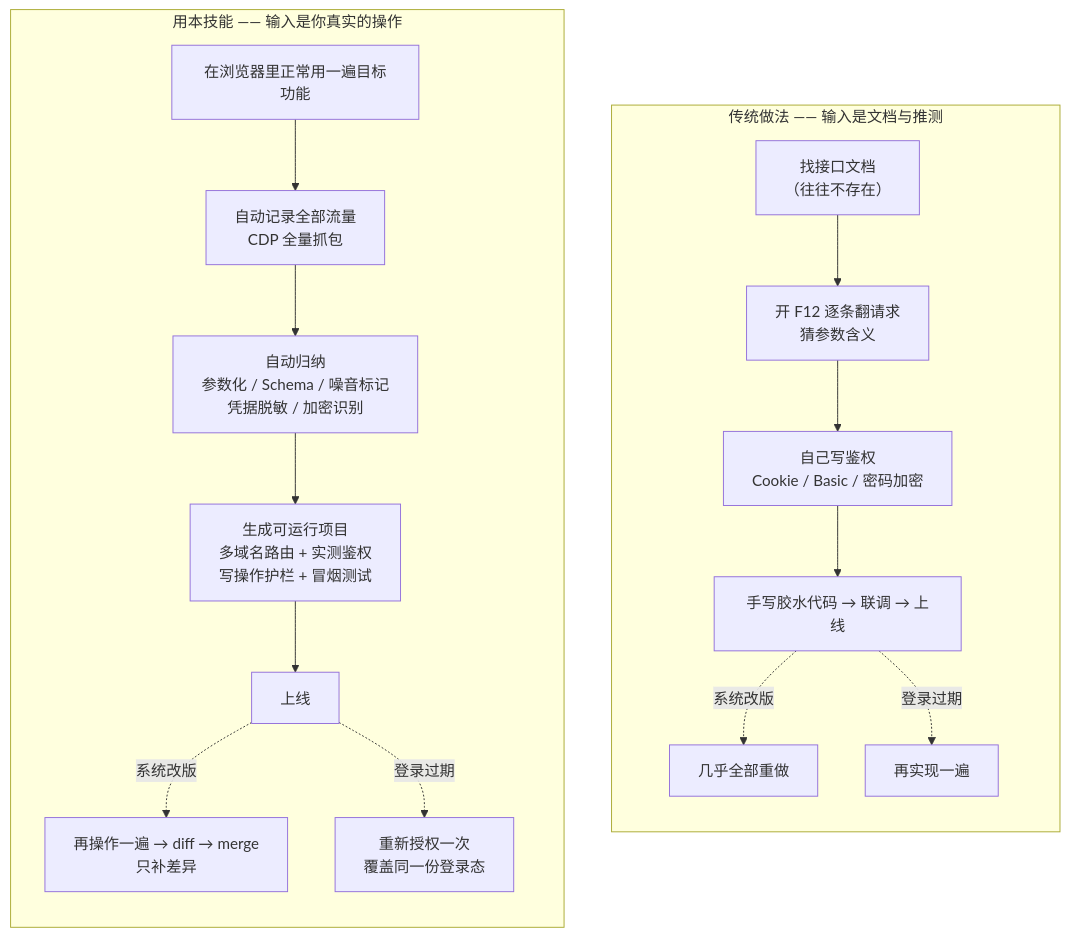
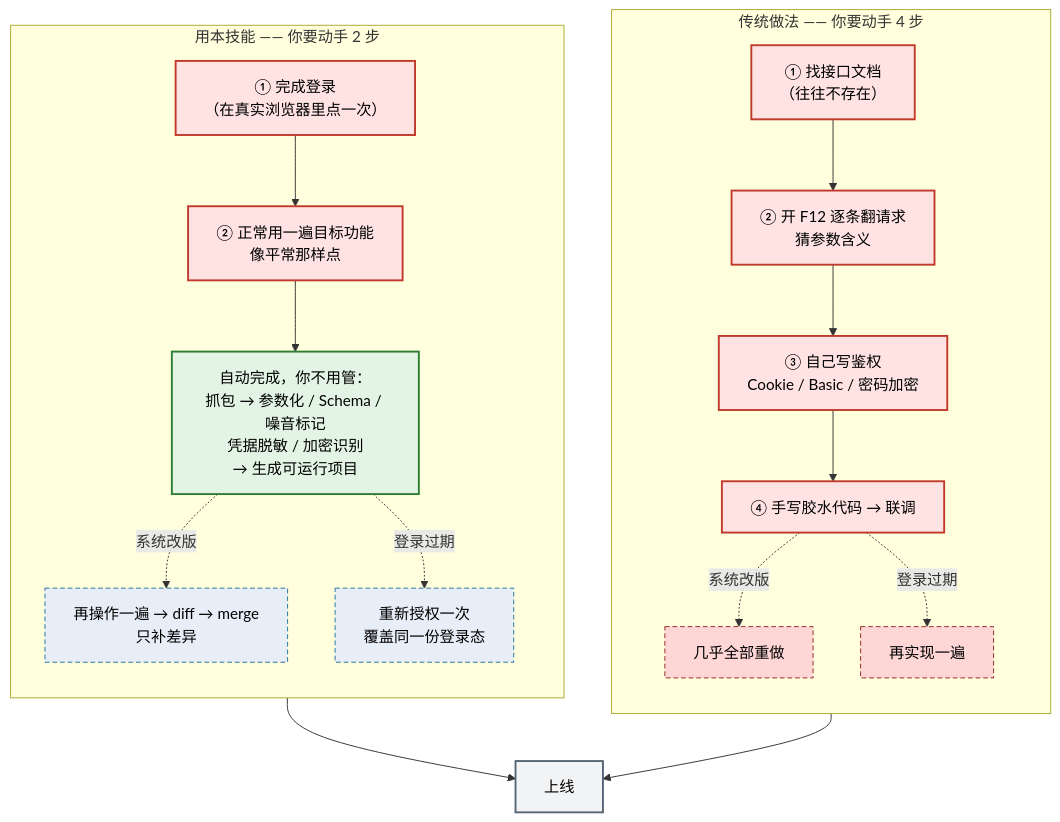
The diagram in docs/reference.md (SH-DaWushi/web-api-extractor), drawn with Mermaid before and after one commit. The commit also changed other lines of this file and 1 other file, not shown here.

Commit message:
docs(reference): 重画对比图 —— 原图给人的印象与结论相反（看起来用技能更累）
读者先看图、再看表，而原图里技能那条道画了 **7 个框**、每个框还塞满子任务
（参数化 / Schema / 噪音标记 / 凭据脱敏 / 加密识别），传统那条只有 **6 个**；
两条道又各挂 2 个虚线框。于是看图的第一印象是「用本技能比手工还麻烦」，
与紧接着那张对比表正好相反。根因是**图没区分「谁在做」** —— 把工具自动完成的事
和你要亲手做的事画成了一样重的框。

改动
- 技能这条道把自动完成的中间三步收成**一个绿框**：「自动完成，你不用管：
  抓包 → 参数化 / Schema / 噪音标记 / 凭据脱敏 / 加密识别 → 生成可运行项目」；
- 两条道各自显式标出**你要动手几步**（传统 4 步 → 本技能 2 步），
  且这 2 步就是「完成登录」「像平常一样用一遍网站」，不含敲代码；
- 配色区分：你要动手（红）/ 自动（绿）/ 传统路线的返工（红虚线）/ 本技能的增量（蓝虚线）；
- 「上线」提为两条道共同的终点节点 —— 步数只统计上线前的人工动作，两边口径一致，
  免得读者以为技能这条路凭空多一步；
- 图下补一句读图说明（红框 / 绿框 / 两种虚线各是什么）。

守护：`tests/test_docs_consistency.py` 新增 `TestComparisonDiagramHonest`（5 用例）——
图必须声明两条路各自「你要动手几步」且本技能的更少、必须标出自动步骤、
读图说明里的数字必须与图里一致。这类「图传达的结论与文字相反」的缺陷不会报错，
只会让人怀疑这个技能到底值不值得用，所以不能靠下次再有人看出来。

测试：391 passed, 1 skipped（原 386+1）。

````diff
--- a/docs/reference.md
+++ b/docs/reference.md
@@ -11,20 +12,30 @@
 ```mermaid
 flowchart TB
-    subgraph T["传统做法 —— 输入是文档与推测"]
+    subgraph T["传统做法 —— 你要动手 4 步"]
         direction TB
-        T1["找接口文档<br/>（往往不存在）"] --> T2["开 F12 逐条翻请求<br/>猜参数含义"]
-        T2 --> T3["自己写鉴权<br/>Cookie / Basic / 密码加密"]
-        T3 --> T4["手写胶水代码 → 联调 → 上线"]
+        T1["① 找接口文档<br/>（往往不存在）"] --> T2["② 开 F12 逐条翻请求<br/>猜参数含义"]
+        T2 --> T3["③ 自己写鉴权<br/>Cookie / Basic / 密码加密"]
+        T3 --> T4["④ 手写胶水代码 → 联调"]
         T4 -.->|系统改版| T5["几乎全部重做"]
         T4 -.->|登录过期| T6["再实现一遍"]
     end
-    subgraph S["用本技能 —— 输入是你真实的操作"]
+    subgraph S["用本技能 —— 你要动手 2 步"]
         direction TB
-        S1["在浏览器里正常用一遍目标功能"] --> S2["自动记录全部流量<br/>CDP 全量抓包"]
-        S2 --> S3["自动归纳<br/>参数化 / Schema / 噪音标记<br/>凭据脱敏 / 加密识别"]
-        S3 --> S4["生成可运行项目<br/>多域名路由 + 实测鉴权<br/>写操作护栏 + 冒烟测试"]
-        S4 --> S5["上线"]
-        S5 -.->|系统改版| S6["再操作一遍 → diff → merge<br/>只补差异"]
-        S5 -.->|登录过期| S7["重新授权一次<br/>覆盖同一份登录态"]
+        S1["① 完成登录<br/>（在真实浏览器里点一次）"] --> S2["② 正常用一遍目标功能<br/>像平常那样点"]
+        S2 --> S3["自动完成，你不用管：<br/>抓包 → 参数化 / Schema / 噪音标记<br/>凭据脱敏 / 加密识别<br/>→ 生成可运行项目"]
+        S3 -.->|系统改版| S4["再操作一遍 → diff → merge<br/>只补差异"]
+        S3 -.->|登录过期| S5["重新授权一次<br/>覆盖同一份登录态"]
     end
+    T4 --> D["上线"]
+    S3 --> D
+    classDef human fill:#ffe3e3,stroke:#c0392b,stroke-width:2px,color:#000
+    classDef auto fill:#e3f4e4,stroke:#2e7d32,stroke-width:2px,color:#000
+    classDef rework fill:#ffd6d6,stroke:#922b21,stroke-dasharray:5 3,color:#000
+    classDef increment fill:#e8eef7,stroke:#2471a3,stroke-dasharray:5 3,color:#000
+    classDef done fill:#f2f3f4,stroke:#566573,stroke-width:2px,color:#000
+    class T1,T2,T3,T4,S1,S2 human
+    class S3 auto
+    class T5,T6 rework
+    class S4,S5 increment
+    class D done
 ```
````
